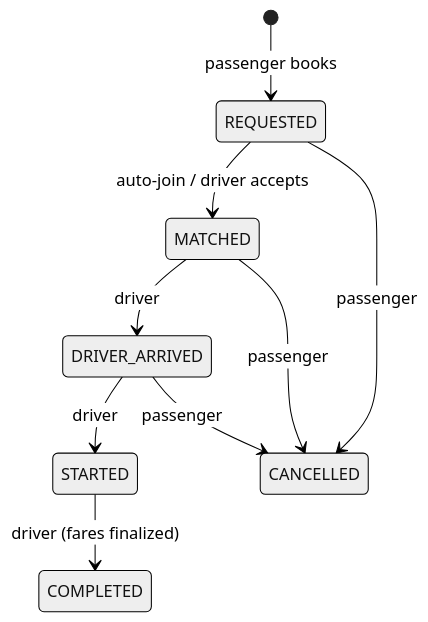
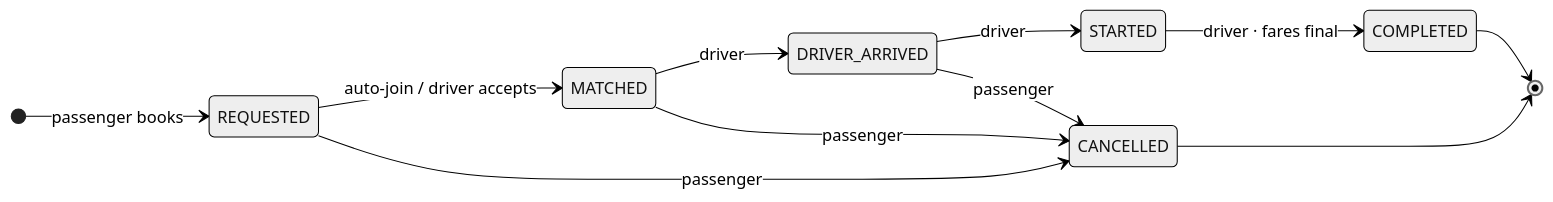
One commit to kaizen2112/Dhaka-Tesla-Pool changed the third of 10 diagrams in README.md. Above: the diagram before and after it, drawn with Mermaid (neutral theme). The commit also changed other lines of this file, not shown here.

````diff
--- a/README.md
+++ b/README.md
@@ -179,11 +150,14 @@
 ```mermaid
 stateDiagram-v2
+    direction LR
     [*] --> REQUESTED: passenger books
     REQUESTED --> MATCHED: auto-join / driver accepts
     MATCHED --> DRIVER_ARRIVED: driver
     DRIVER_ARRIVED --> STARTED: driver
-    STARTED --> COMPLETED: driver (fares finalized)
+    STARTED --> COMPLETED: driver · fares final
     REQUESTED --> CANCELLED: passenger
     MATCHED --> CANCELLED: passenger
     DRIVER_ARRIVED --> CANCELLED: passenger
+    COMPLETED --> [*]
+    CANCELLED --> [*]
 ```
````
